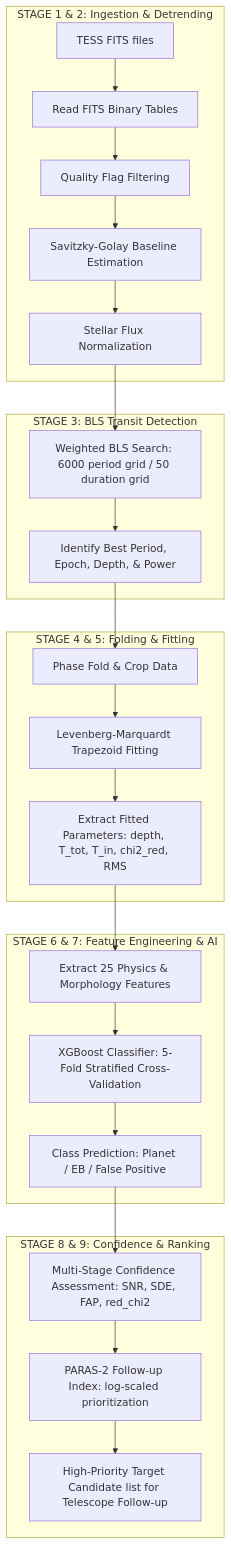
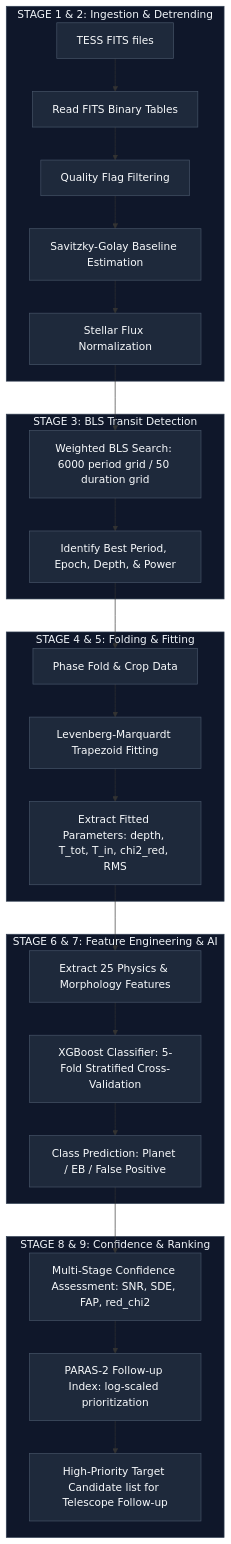
Before and after one commit to GuptaNandinii/TESS-EXOPLANET-DETECTION: the diagram in README.md, drawn with Mermaid. The commit also changed other lines of this file, not shown here.

Commit message:
Docs: Removed team info block and styled Mermaid subgraphs for theme readability

````diff
--- a/README.md
+++ b/README.md
@@ -27,32 +18,42 @@
 ```mermaid
 graph TD
-    subgraph STAGE 1 & 2: Ingestion & Detrending
+    subgraph Stage1["STAGE 1 & 2: Ingestion & Detrending"]
         FITS[TESS FITS files] --> Ingest[Read FITS Binary Tables]
         Ingest --> Filter[Quality Flag Filtering]
         Filter --> Base[Savitzky-Golay Baseline Estimation]
         Base --> Norm[Stellar Flux Normalization]
     end
 
-    subgraph STAGE 3: BLS Transit Detection
+    subgraph Stage2["STAGE 3: BLS Transit Detection"]
         Norm --> BLS[Weighted BLS Search: 6000 period grid / 50 duration grid]
         BLS --> Period[Identify Best Period, Epoch, Depth, & Power]
     end
 
-    subgraph STAGE 4 & 5: Folding & Fitting
+    subgraph Stage3["STAGE 4 & 5: Folding & Fitting"]
         Period --> Fold[Phase Fold & Crop Data]
         Fold --> LM[Levenberg-Marquardt Trapezoid Fitting]
         LM --> Params[Extract Fitted Parameters: depth, T_tot, T_in, chi2_red, RMS]
     end
 
-    subgraph STAGE 6 & 7: Feature Engineering & AI
+    subgraph Stage4["STAGE 6 & 7: Feature Engineering & AI"]
         Params --> Feat[Extract 25 Physics & Morphology Features]
         Feat --> XGB[XGBoost Classifier: 5-Fold Stratified Cross-Validation]
         XGB --> Pred[Class Prediction: Planet / EB / False Positive]
     end
 
-    subgraph STAGE 8 & 9: Confidence & Ranking
+    subgraph Stage5["STAGE 8 & 9: Confidence & Ranking"]
         Pred --> Conf[Multi-Stage Confidence Assessment: SNR, SDE, FAP, red_chi2]
         Conf --> PFI[PARAS-2 Follow-up Index: log-scaled prioritization]
         PFI --> Output[High-Priority Target Candidate list for Telescope Follow-up]
     end
+
+    %% Style definitions for high contrast on all themes
+    classDef nodeStyle fill:#1e293b,stroke:#475569,stroke-width:1px,color:#f8fafc;
+    class FITS,Ingest,Filter,Base,Norm,BLS,Period,Fold,LM,Params,Feat,XGB,Pred,Conf,PFI,Output nodeStyle;
+
+    style Stage1 fill:#0f172a,stroke:#334155,stroke-width:1px,color:#f1f5f9
+    style Stage2 fill:#0f172a,stroke:#334155,stroke-width:1px,color:#f1f5f9
+    style Stage3 fill:#0f172a,stroke:#334155,stroke-width:1px,color:#f1f5f9
+    style Stage4 fill:#0f172a,stroke:#334155,stroke-width:1px,color:#f1f5f9
+    style Stage5 fill:#0f172a,stroke:#334155,stroke-width:1px,color:#f1f5f9
 ```
````
